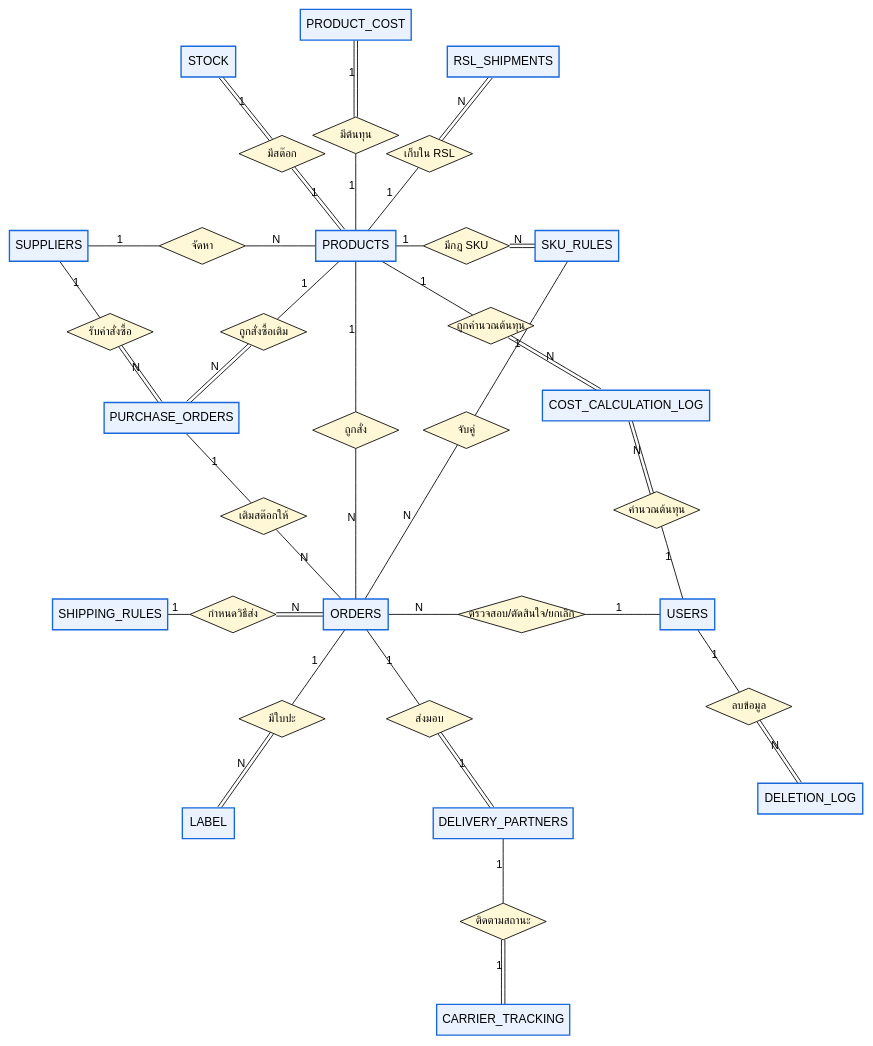
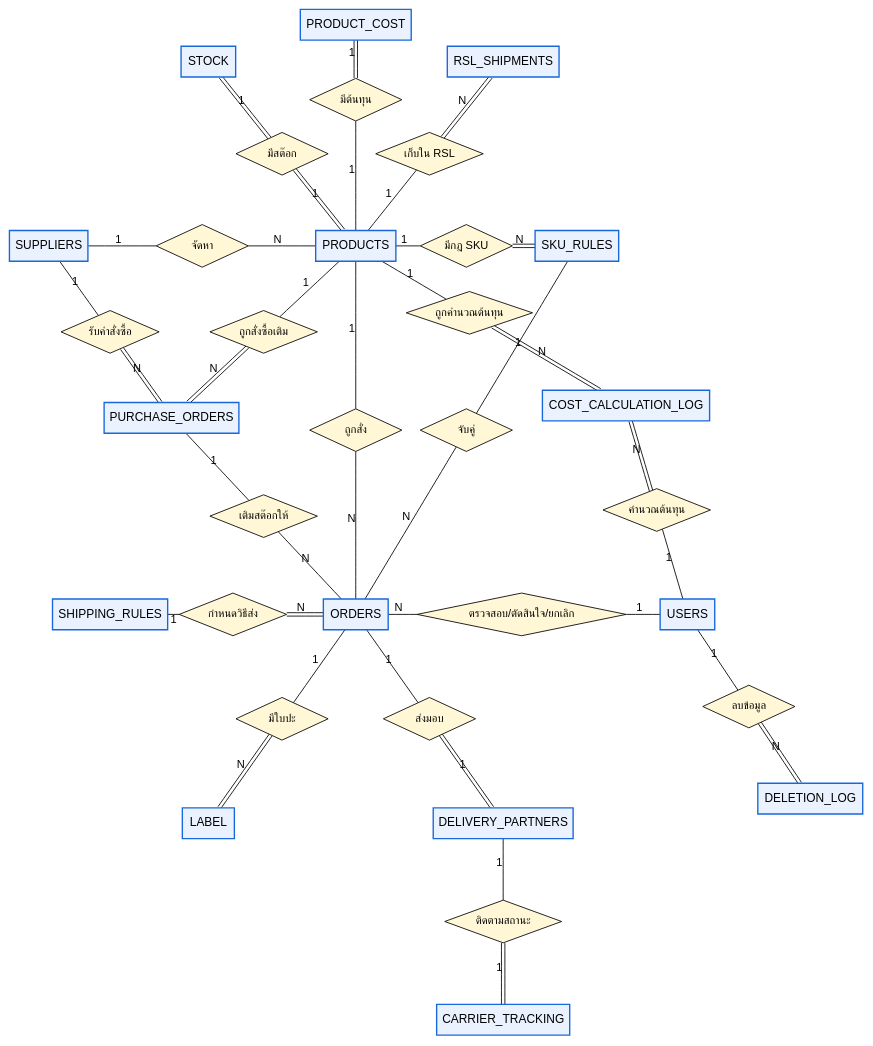
One commit to xbpkdi/321-sa-proj changed the diagram in 04-chapter2-diagrams-database/diagrams/src/er-0.dot. Above: the diagram before and after it, drawn with Graphviz. The commit also changed 30 other files, not shown here.

Commit message:
docs: stop er attributes overlapping, split state and class diagrams

```diff
--- a/04-chapter2-diagrams-database/diagrams/src/er-0.dot
+++ b/04-chapter2-diagrams-database/diagrams/src/er-0.dot
@@ -1,73 +1,73 @@
 graph ER {
   layout=neato; overlap=true; splines=line; outputorder=edgesfirst;
   node [fontname="Helvetica", fontsize=14]; edge [fontname="Helvetica", fontsize=13];
+  "rel0" [pos="2.50,5.00!", shape=diamond, style=filled, fillcolor="#fff7d6", label="จัดหา", fontsize=13, fixedsize=true, width=1.50, height=0.7];
+  "suppliers" -- "rel0" [label="1"];
+  "rel0" -- "products" [label="N"];
+  "rel1" [pos="6.80,5.00!", shape=diamond, style=filled, fillcolor="#fff7d6", label="มีกฎ SKU", fontsize=13, fixedsize=true, width=1.50, height=0.7];
+  "products" -- "rel1" [label="1"];
+  "rel1" -- "sku_rules" [label="N", color="black:invis:black"];
+  "rel2" [pos="3.80,6.50!", shape=diamond, style=filled, fillcolor="#fff7d6", label="มีสต๊อก", fontsize=13, fixedsize=true, width=1.50, height=0.7];
+  "products" -- "rel2" [label="1", color="black:invis:black"];
+  "rel2" -- "stock" [label="1", color="black:invis:black"];
+  "rel3" [pos="5.00,7.38!", shape=diamond, style=filled, fillcolor="#fff7d6", label="มีต้นทุน", fontsize=13, fixedsize=true, width=1.50, height=0.7];
+  "products" -- "rel3" [label="1"];
+  "rel3" -- "product_cost" [label="1", color="black:invis:black"];
+  "rel4" [pos="6.85,3.91!", shape=diamond, style=filled, fillcolor="#fff7d6", label="ถูกคำนวณต้นทุน", fontsize=13, fixedsize=true, width=2.05, height=0.7];
+  "products" -- "rel4" [label="1"];
+  "rel4" -- "cost_calculation_log" [label="N", color="black:invis:black"];
+  "rel5" [pos="9.90,0.70!", shape=diamond, style=filled, fillcolor="#fff7d6", label="คำนวณต้นทุน", fontsize=13, fixedsize=true, width=1.75, height=0.7];
+  "users" -- "rel5" [label="1"];
+  "rel5" -- "cost_calculation_log" [label="N", color="black:invis:black"];
+  "rel6" [pos="3.50,3.60!", shape=diamond, style=filled, fillcolor="#fff7d6", label="ถูกสั่งซื้อเติม", fontsize=13, fixedsize=true, width=1.75, height=0.7];
+  "products" -- "rel6" [label="1"];
+  "rel6" -- "purchase_orders" [label="N", color="black:invis:black"];
+  "rel7" [pos="1.00,3.60!", shape=diamond, style=filled, fillcolor="#fff7d6", label="รับคำสั่งซื้อ", fontsize=13, fixedsize=true, width=1.60, height=0.7];
+  "suppliers" -- "rel7" [label="1"];
+  "rel7" -- "purchase_orders" [label="N", color="black:invis:black"];
+  "rel8" [pos="5.00,2.00!", shape=diamond, style=filled, fillcolor="#fff7d6", label="ถูกสั่ง", fontsize=13, fixedsize=true, width=1.50, height=0.7];
+  "products" -- "rel8" [label="1"];
+  "rel8" -- "orders" [label="N"];
+  "rel9" [pos="6.80,2.00!", shape=diamond, style=filled, fillcolor="#fff7d6", label="จับคู่", fontsize=13, fixedsize=true, width=1.50, height=0.7];
+  "sku_rules" -- "rel9" [label="1"];
+  "rel9" -- "orders" [label="N"];
+  "rel10" [pos="3.50,0.60!", shape=diamond, style=filled, fillcolor="#fff7d6", label="เติมสต๊อกให้", fontsize=13, fixedsize=true, width=1.75, height=0.7];
+  "purchase_orders" -- "rel10" [label="1"];
+  "rel10" -- "orders" [label="N"];
+  "rel11" [pos="3.00,-1.00!", shape=diamond, style=filled, fillcolor="#fff7d6", label="กำหนดวิธีส่ง", fontsize=13, fixedsize=true, width=1.75, height=0.7];
+  "shipping_rules" -- "rel11" [label="1"];
+  "rel11" -- "orders" [label="N", color="black:invis:black"];
+  "rel12" [pos="7.70,-1.00!", shape=diamond, style=filled, fillcolor="#fff7d6", label="ตรวจสอบ/ตัดสินใจ/ยกเลิก", fontsize=13, fixedsize=true, width=3.40, height=0.7];
+  "users" -- "rel12" [label="1"];
+  "rel12" -- "orders" [label="N"];
+  "rel13" [pos="3.80,-2.70!", shape=diamond, style=filled, fillcolor="#fff7d6", label="มีใบปะ", fontsize=13, fixedsize=true, width=1.50, height=0.7];
+  "orders" -- "rel13" [label="1"];
+  "rel13" -- "label" [label="N", color="black:invis:black"];
+  "rel14" [pos="6.20,-2.70!", shape=diamond, style=filled, fillcolor="#fff7d6", label="ส่งมอบ", fontsize=13, fixedsize=true, width=1.50, height=0.7];
+  "orders" -- "rel14" [label="1"];
+  "rel14" -- "delivery_partners" [label="1", color="black:invis:black"];
+  "rel15" [pos="7.40,-6.00!", shape=diamond, style=filled, fillcolor="#fff7d6", label="ติดตามสถานะ", fontsize=13, fixedsize=true, width=1.90, height=0.7];
+  "delivery_partners" -- "rel15" [label="1"];
+  "rel15" -- "carrier_tracking" [label="1", color="black:invis:black"];
+  "rel16" [pos="6.20,6.50!", shape=diamond, style=filled, fillcolor="#fff7d6", label="เก็บใน RSL", fontsize=13, fixedsize=true, width=1.75, height=0.7];
+  "products" -- "rel16" [label="1"];
+  "rel16" -- "rsl_shipments" [label="N", color="black:invis:black"];
+  "rel17" [pos="11.40,-2.50!", shape=diamond, style=filled, fillcolor="#fff7d6", label="ลบข้อมูล", fontsize=13, fixedsize=true, width=1.50, height=0.7];
+  "users" -- "rel17" [label="1"];
+  "rel17" -- "deletion_log" [label="N", color="black:invis:black"];
   "users" [pos="10.40,-1.00!", shape=box, style="filled", fillcolor="#e9f2fe", color="#1868db", penwidth=1.6, label="USERS"];
   "suppliers" [pos="0.00,5.00!", shape=box, style="filled", fillcolor="#e9f2fe", color="#1868db", penwidth=1.6, label="SUPPLIERS"];
   "products" [pos="5.00,5.00!", shape=box, style="filled", fillcolor="#e9f2fe", color="#1868db", penwidth=1.6, label="PRODUCTS"];
   "sku_rules" [pos="8.60,5.00!", shape=box, style="filled", fillcolor="#e9f2fe", color="#1868db", penwidth=1.6, label="SKU_RULES"];
   "stock" [pos="2.60,8.00!", shape=box, style="filled", fillcolor="#e9f2fe", color="#1868db", penwidth=1.6, label="STOCK"];
   "product_cost" [pos="5.00,8.60!", shape=box, style="filled", fillcolor="#e9f2fe", color="#1868db", penwidth=1.6, label="PRODUCT_COST"];
   "cost_calculation_log" [pos="9.40,2.40!", shape=box, style="filled", fillcolor="#e9f2fe", color="#1868db", penwidth=1.6, label="COST_CALCULATION_LOG"];
   "purchase_orders" [pos="2.00,2.20!", shape=box, style="filled", fillcolor="#e9f2fe", color="#1868db", penwidth=1.6, label="PURCHASE_ORDERS"];
   "shipping_rules" [pos="1.00,-1.00!", shape=box, style="filled", fillcolor="#e9f2fe", color="#1868db", penwidth=1.6, label="SHIPPING_RULES"];
   "orders" [pos="5.00,-1.00!", shape=box, style="filled", fillcolor="#e9f2fe", color="#1868db", penwidth=1.6, label="ORDERS"];
   "label" [pos="2.60,-4.40!", shape=box, style="filled", fillcolor="#e9f2fe", color="#1868db", penwidth=1.6, label="LABEL"];
   "rsl_shipments" [pos="7.40,8.00!", shape=box, style="filled", fillcolor="#e9f2fe", color="#1868db", penwidth=1.6, label="RSL_SHIPMENTS"];
   "delivery_partners" [pos="7.40,-4.40!", shape=box, style="filled", fillcolor="#e9f2fe", color="#1868db", penwidth=1.6, label="DELIVERY_PARTNERS"];
   "carrier_tracking" [pos="7.40,-7.60!", shape=box, style="filled", fillcolor="#e9f2fe", color="#1868db", penwidth=1.6, label="CARRIER_TRACKING"];
   "deletion_log" [pos="12.40,-4.00!", shape=box, style="filled", fillcolor="#e9f2fe", color="#1868db", penwidth=1.6, label="DELETION_LOG"];
-  "rel0" [pos="2.50,5.00!", shape=diamond, style=filled, fillcolor="#fff7d6", label="จัดหา", fontsize=13, fixedsize=true, width=1.40, height=0.6];
-  "suppliers" -- "rel0" [label="1"];
-  "rel0" -- "products" [label="N"];
-  "rel1" [pos="6.80,5.00!", shape=diamond, style=filled, fillcolor="#fff7d6", label="มีกฎ SKU", fontsize=13, fixedsize=true, width=1.40, height=0.6];
-  "products" -- "rel1" [label="1"];
-  "rel1" -- "sku_rules" [label="N", color="black:invis:black"];
-  "rel2" [pos="3.80,6.50!", shape=diamond, style=filled, fillcolor="#fff7d6", label="มีสต๊อก", fontsize=13, fixedsize=true, width=1.40, height=0.6];
-  "products" -- "rel2" [label="1", color="black:invis:black"];
-  "rel2" -- "stock" [label="1", color="black:invis:black"];
-  "rel3" [pos="5.00,6.80!", shape=diamond, style=filled, fillcolor="#fff7d6", label="มีต้นทุน", fontsize=13, fixedsize=true, width=1.40, height=0.6];
-  "products" -- "rel3" [label="1"];
-  "rel3" -- "product_cost" [label="1", color="black:invis:black"];
-  "rel4" [pos="7.20,3.70!", shape=diamond, style=filled, fillcolor="#fff7d6", label="ถูกคำนวณต้นทุน", fontsize=13, fixedsize=true, width=1.40, height=0.6];
-  "products" -- "rel4" [label="1"];
-  "rel4" -- "cost_calculation_log" [label="N", color="black:invis:black"];
-  "rel5" [pos="9.90,0.70!", shape=diamond, style=filled, fillcolor="#fff7d6", label="คำนวณต้นทุน", fontsize=13, fixedsize=true, width=1.40, height=0.6];
-  "users" -- "rel5" [label="1"];
-  "rel5" -- "cost_calculation_log" [label="N", color="black:invis:black"];
-  "rel6" [pos="3.50,3.60!", shape=diamond, style=filled, fillcolor="#fff7d6", label="ถูกสั่งซื้อเติม", fontsize=13, fixedsize=true, width=1.40, height=0.6];
-  "products" -- "rel6" [label="1"];
-  "rel6" -- "purchase_orders" [label="N", color="black:invis:black"];
-  "rel7" [pos="1.00,3.60!", shape=diamond, style=filled, fillcolor="#fff7d6", label="รับคำสั่งซื้อ", fontsize=13, fixedsize=true, width=1.40, height=0.6];
-  "suppliers" -- "rel7" [label="1"];
-  "rel7" -- "purchase_orders" [label="N", color="black:invis:black"];
-  "rel8" [pos="5.00,2.00!", shape=diamond, style=filled, fillcolor="#fff7d6", label="ถูกสั่ง", fontsize=13, fixedsize=true, width=1.40, height=0.6];
-  "products" -- "rel8" [label="1"];
-  "rel8" -- "orders" [label="N"];
-  "rel9" [pos="6.80,2.00!", shape=diamond, style=filled, fillcolor="#fff7d6", label="จับคู่", fontsize=13, fixedsize=true, width=1.40, height=0.6];
-  "sku_rules" -- "rel9" [label="1"];
-  "rel9" -- "orders" [label="N"];
-  "rel10" [pos="3.50,0.60!", shape=diamond, style=filled, fillcolor="#fff7d6", label="เติมสต๊อกให้", fontsize=13, fixedsize=true, width=1.40, height=0.6];
-  "purchase_orders" -- "rel10" [label="1"];
-  "rel10" -- "orders" [label="N"];
-  "rel11" [pos="3.00,-1.00!", shape=diamond, style=filled, fillcolor="#fff7d6", label="กำหนดวิธีส่ง", fontsize=13, fixedsize=true, width=1.40, height=0.6];
-  "shipping_rules" -- "rel11" [label="1"];
-  "rel11" -- "orders" [label="N", color="black:invis:black"];
-  "rel12" [pos="7.70,-1.00!", shape=diamond, style=filled, fillcolor="#fff7d6", label="ตรวจสอบ/ตัดสินใจ/ยกเลิก", fontsize=13, fixedsize=true, width=2.07, height=0.6];
-  "users" -- "rel12" [label="1"];
-  "rel12" -- "orders" [label="N"];
-  "rel13" [pos="3.80,-2.70!", shape=diamond, style=filled, fillcolor="#fff7d6", label="มีใบปะ", fontsize=13, fixedsize=true, width=1.40, height=0.6];
-  "orders" -- "rel13" [label="1"];
-  "rel13" -- "label" [label="N", color="black:invis:black"];
-  "rel14" [pos="6.20,-2.70!", shape=diamond, style=filled, fillcolor="#fff7d6", label="ส่งมอบ", fontsize=13, fixedsize=true, width=1.40, height=0.6];
-  "orders" -- "rel14" [label="1"];
-  "rel14" -- "delivery_partners" [label="1", color="black:invis:black"];
-  "rel15" [pos="7.40,-6.00!", shape=diamond, style=filled, fillcolor="#fff7d6", label="ติดตามสถานะ", fontsize=13, fixedsize=true, width=1.40, height=0.6];
-  "delivery_partners" -- "rel15" [label="1"];
-  "rel15" -- "carrier_tracking" [label="1", color="black:invis:black"];
-  "rel16" [pos="6.20,6.50!", shape=diamond, style=filled, fillcolor="#fff7d6", label="เก็บใน RSL", fontsize=13, fixedsize=true, width=1.40, height=0.6];
-  "products" -- "rel16" [label="1"];
-  "rel16" -- "rsl_shipments" [label="N", color="black:invis:black"];
-  "rel17" [pos="11.40,-2.50!", shape=diamond, style=filled, fillcolor="#fff7d6", label="ลบข้อมูล", fontsize=13, fixedsize=true, width=1.40, height=0.6];
-  "users" -- "rel17" [label="1"];
-  "rel17" -- "deletion_log" [label="N", color="black:invis:black"];
 }
```
